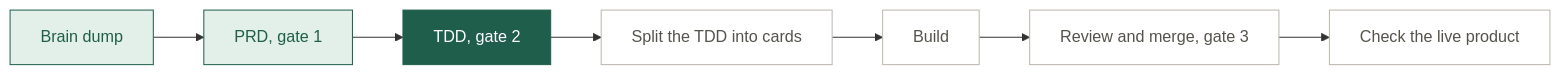
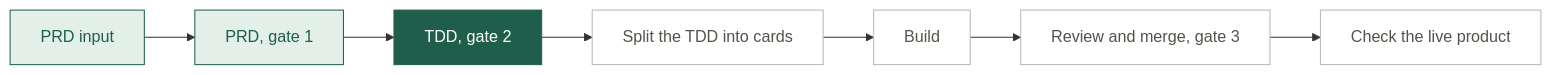
One commit to hornof/sketch-gallery changed the diagram in docs/MAP.md. Above: the diagram before and after it, drawn with Mermaid. The commit also changed other lines of this file and 6 other files, not shown here.

Commit message:
Map: PRD input, Claude artifacts, map artifact named explicitly

````diff
--- a/docs/MAP.md
+++ b/docs/MAP.md
@@ -7,7 +9,7 @@
 ```mermaid
 flowchart LR
-  s1[Brain dump]:::done --> s2[PRD, gate 1]:::done --> s3[TDD, gate 2]:::now --> s4[Split the TDD into cards]:::next --> s5[Build]:::next --> s6[Review and merge, gate 3]:::next --> s7[Check the live product]:::next
+  s1[PRD input]:::done --> s2[PRD, gate 1]:::done --> s3[TDD, gate 2]:::now --> s4[Split the TDD into cards]:::next --> s5[Build]:::next --> s6[Review and merge, gate 3]:::next --> s7[Check the live product]:::next
   classDef done fill:#E3EFE9,stroke:#1F5E4A,color:#1F5E4A
   classDef now fill:#1F5E4A,stroke:#1F5E4A,color:#FFFFFF
   classDef next fill:#FFFFFF,stroke:#BBB6AC,color:#55524B
 ```
````
